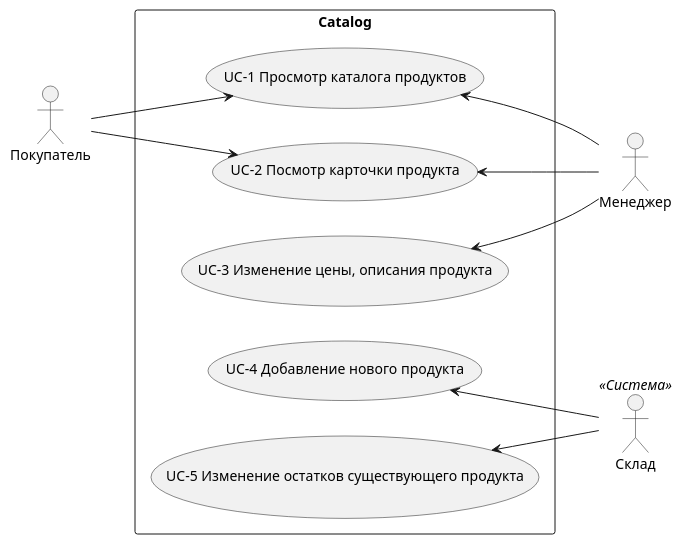
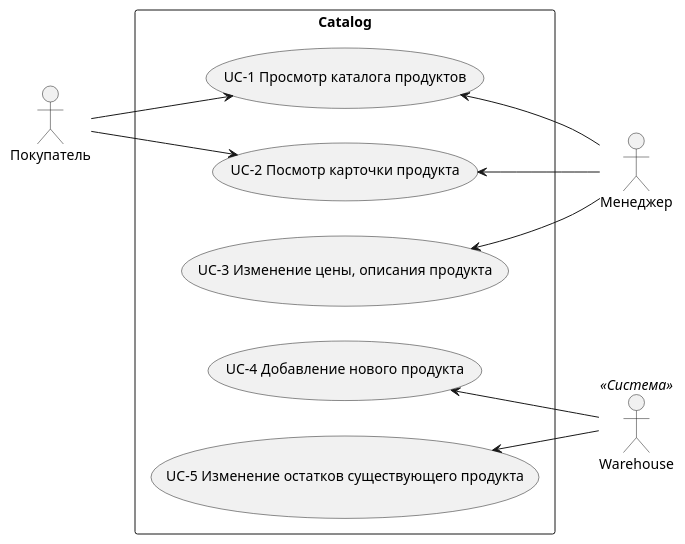
The second of 2 diagrams in services/catalog/README.md (gerzhan/knigaexpert-system-design), drawn with PlantUML before and after one commit. The commit also changed 8 other files, not shown here.

````diff
--- a/services/catalog/README.md
+++ b/services/catalog/README.md
@@ -52,32 +52,32 @@
 ```plantuml
 left to right direction
 skinparam packageStyle rectangle
 
 actor Покупатель as client
 actor Менеджер as manager
-actor Склад as warehouse << Система >>
+actor Warehouse as warehouse << Система >>
 
 rectangle Catalog {
   usecase (UC-1 Просмотр каталога продуктов) as UC1
   usecase (UC-2 Посмотр карточки продукта) as UC2
   usecase (UC-3 Изменение цены, описания продукта) as UC3
   usecase (UC-4 Добавление нового продукта) as UC4
   usecase (UC-5 Изменение остатков существующего продукта) as UC5
 
   url of UC1 is [[use-cases/uc-1.md]]
   url of UC2 is [[use-cases/uc-2.md]]
   url of UC3 is [[use-cases/uc-3.md]]
   url of UC4 is [[use-cases/uc-4.md]]
   url of UC5 is [[use-cases/uc-5.md]]
 }
 
 client --> UC1
 client --> UC2
 
 UC1 <-- manager
 UC2 <-- manager
 UC3 <-- manager
 
 UC4<-- warehouse
 UC5<-- warehouse
 ```
````
